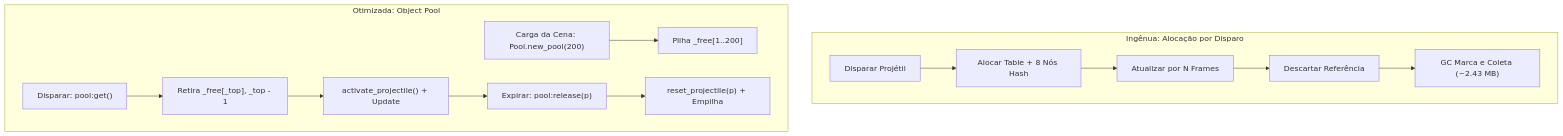
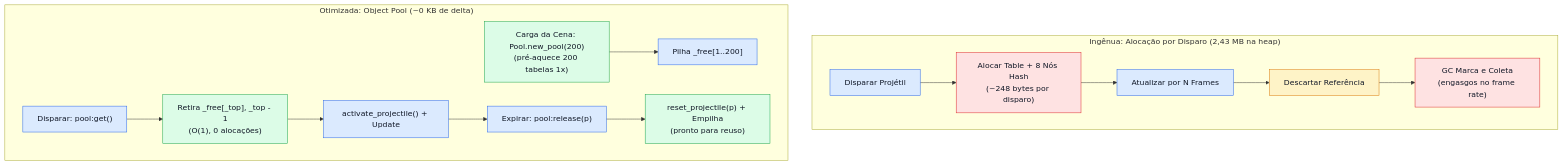
Before and after one commit to LevyArsOS/lua-lessons: the diagram in lessons/ObjectPooling/Tutorial/pt-br.md, drawn with Mermaid. The commit also changed other lines of this file and 3 other files, not shown here.

First line of the commit message:
docs(tutorials): expand TableReuse and upgrade ObjectPooling diagrams

````diff
--- a/lessons/ObjectPooling/Tutorial/pt-br.md
+++ b/lessons/ObjectPooling/Tutorial/pt-br.md
@@ -44,17 +44,22 @@
 ```mermaid
 flowchart TD
-    subgraph Naive["Ingênua: Alocação por Disparo"]
-        S1["Disparar Projétil"] --> A1["Alocar Table + 8 Nós Hash"]
-        A1 --> U1["Atualizar por N Frames"]
-        U1 --> D1["Descartar Referência"]
-        D1 --> GC1["GC Marca e Coleta (~2.43 MB)"]
+    classDef slow fill:#fee2e2,stroke:#dc2626,color:#111827
+    classDef fast fill:#dcfce7,stroke:#16a34a,color:#111827
+    classDef vm fill:#dbeafe,stroke:#2563eb,color:#111827
+    classDef warn fill:#fef3c7,stroke:#d97706,color:#111827
+
+    subgraph Naive["Ingênua: Alocação por Disparo (2,43 MB na heap)"]
+        S1["Disparar Projétil"]:::vm --> A1["Alocar Table + 8 Nós Hash<br/>(~248 bytes por disparo)"]:::slow
+        A1 --> U1["Atualizar por N Frames"]:::vm
+        U1 --> D1["Descartar Referência"]:::warn
+        D1 --> GC1["GC Marca e Coleta<br/>(engasgos no frame rate)"]:::slow
     end
 
-    subgraph Pooled["Otimizada: Object Pool"]
-        Init["Carga da Cena: Pool.new_pool(200)"] --> Stack["Pilha _free[1..200]"]
-        S2["Disparar: pool:get()"] --> Pop["Retira _free[_top], _top - 1"]
-        Pop --> U2["activate_projectile() + Update"]
-        U2 --> Rel["Expirar: pool:release(p)"]
-        Rel --> Reset["reset_projectile(p) + Empilha"]
+    subgraph Pooled["Otimizada: Object Pool (~0 KB de delta)"]
+        Init["Carga da Cena: Pool.new_pool(200)<br/>(pré-aquece 200 tabelas 1x)"]:::fast --> Stack["Pilha _free[1..200]"]:::vm
+        S2["Disparar: pool:get()"]:::vm --> Pop["Retira _free[_top], _top - 1<br/>(O(1), 0 alocações)"]:::fast
+        Pop --> U2["activate_projectile() + Update"]:::vm
+        U2 --> Rel["Expirar: pool:release(p)"]:::vm
+        Rel --> Reset["reset_projectile(p) + Empilha<br/>(pronto para reuso)"]:::fast
     end
 ```
````
